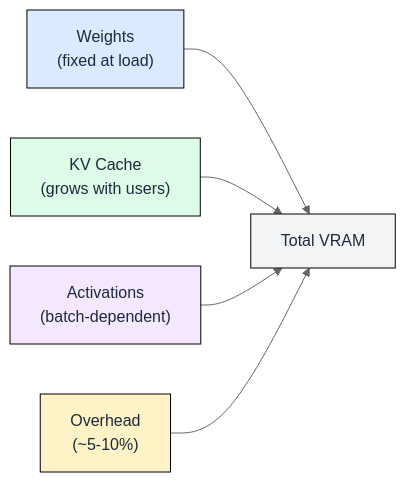
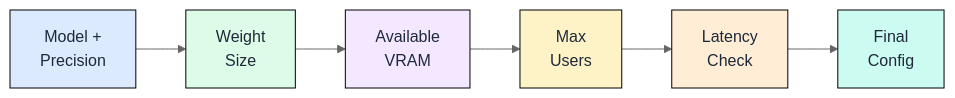
Before and after one commit to harshuljain13/llm-inference-at-scale: the first of 9 diagrams in content/02_sizing_and_serving/02.1_capacity_planning/capacity_planning.md, drawn with Mermaid (neutral theme). The commit also changed other lines of this file and 27 other files, not shown here.

````diff
--- a/content/02_sizing_and_serving/02.1_capacity_planning/capacity_planning.md
+++ b/content/02_sizing_and_serving/02.1_capacity_planning/capacity_planning.md
@@ -14,13 +11,15 @@
 ```mermaid
 flowchart LR
-    W["Weights</br>(fixed at load)"]:::blue --> T["Total VRAM"]:::gray
-    K["KV Cache</br>(grows with users)"]:::green --> T
-    A["Activations</br>(batch-dependent)"]:::purple --> T
-    O["Overhead</br>(~5-10%)"]:::amber --> T
+    A[Model +<br>Precision] --> B[Weight<br>Size]
+    B --> C[Available<br>VRAM]
+    C --> D[Max<br>Users]
+    D --> E[Latency<br>Check]
+    E --> F[Final<br>Config]
 
-    classDef blue fill:#dbeafe,stroke:#000,color:#1e293b
-    classDef green fill:#dcfce7,stroke:#000,color:#1e293b
-    classDef purple fill:#f3e8ff,stroke:#000,color:#1e293b
-    classDef amber fill:#fef3c7,stroke:#000,color:#1e293b
-    classDef gray fill:#f3f4f6,stroke:#000,color:#1e293b
+    style A fill:#dbeafe,stroke:#000,color:#1e293b
+    style B fill:#dcfce7,stroke:#000,color:#1e293b
+    style C fill:#f3e8ff,stroke:#000,color:#1e293b
+    style D fill:#fef3c7,stroke:#000,color:#1e293b
+    style E fill:#ffedd5,stroke:#000,color:#1e293b
+    style F fill:#ccfbf1,stroke:#000,color:#1e293b
 ```
````
